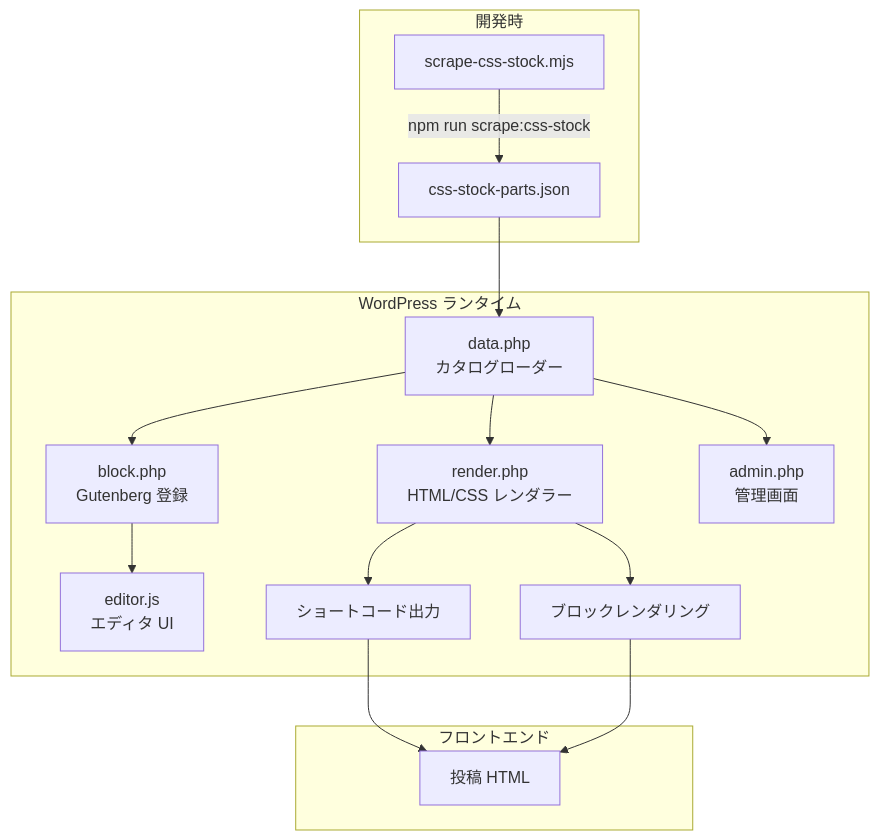
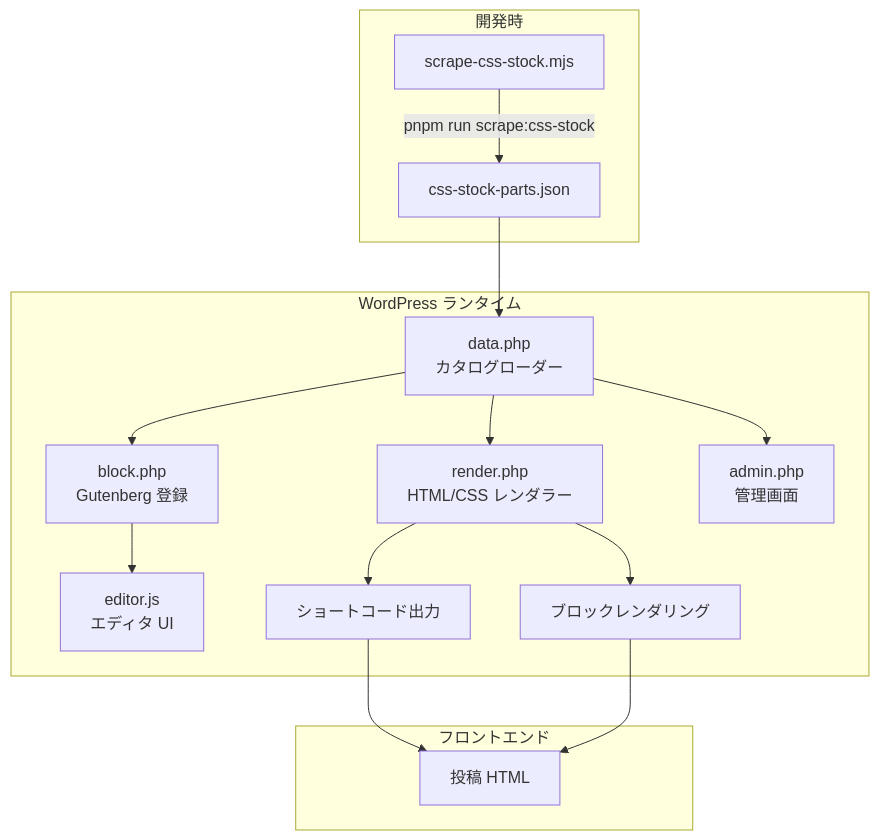
Before and after one commit to kouiso/design-inserter: the first of 2 diagrams in docs/specifications.md, drawn with Mermaid. The commit also changed 29 other files, not shown here.

First line of the commit message:
chore: migrate from npm to pnpm (#82)

````diff
--- a/docs/specifications.md
+++ b/docs/specifications.md
@@ -7,21 +7,21 @@
 ```mermaid
 graph TB
     subgraph "開発時"
-        S[scrape-css-stock.mjs] -->|npm run scrape:css-stock| J[css-stock-parts.json]
+        S[scrape-css-stock.mjs] -->|pnpm run scrape:css-stock| J[css-stock-parts.json]
     end
 
     subgraph "WordPress ランタイム"
         J --> D[data.php<br/>カタログローダー]
         D --> R[render.php<br/>HTML/CSS レンダラー]
         D --> B[block.php<br/>Gutenberg 登録]
         D --> A[admin.php<br/>管理画面]
         B --> E[editor.js<br/>エディタ UI]
         R --> SC[ショートコード出力]
         R --> BR[ブロックレンダリング]
     end
 
     subgraph "フロントエンド"
         SC --> HTML[投稿 HTML]
         BR --> HTML
     end
 ```
````
